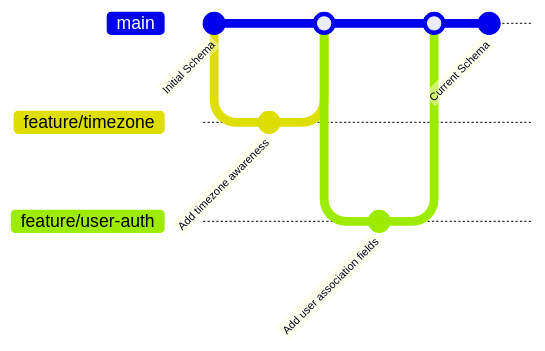
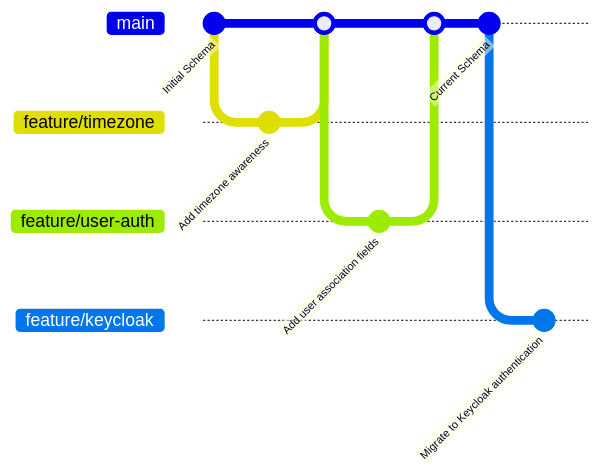
One commit to gsinghjay/mvp_qr_gen changed the second of 10 diagrams in STORY.md. Above: the diagram before and after it, drawn with Mermaid. The commit also changed other lines of this file, not shown here.

Commit message:
docs: update system documentation to include Keycloak migration

````diff
--- a/STORY.md
+++ b/STORY.md
@@ -51,15 +53,18 @@
 ```mermaid
 gitGraph
     commit id: "Initial Schema"
     branch feature/timezone
     checkout feature/timezone
     commit id: "Add timezone awareness"
     checkout main
     merge feature/timezone
     branch feature/user-auth
     checkout feature/user-auth
     commit id: "Add user association fields"
     checkout main
     merge feature/user-auth
     commit id: "Current Schema"
+    branch feature/keycloak
+    checkout feature/keycloak
+    commit id: "Migrate to Keycloak authentication"
 ```
````
